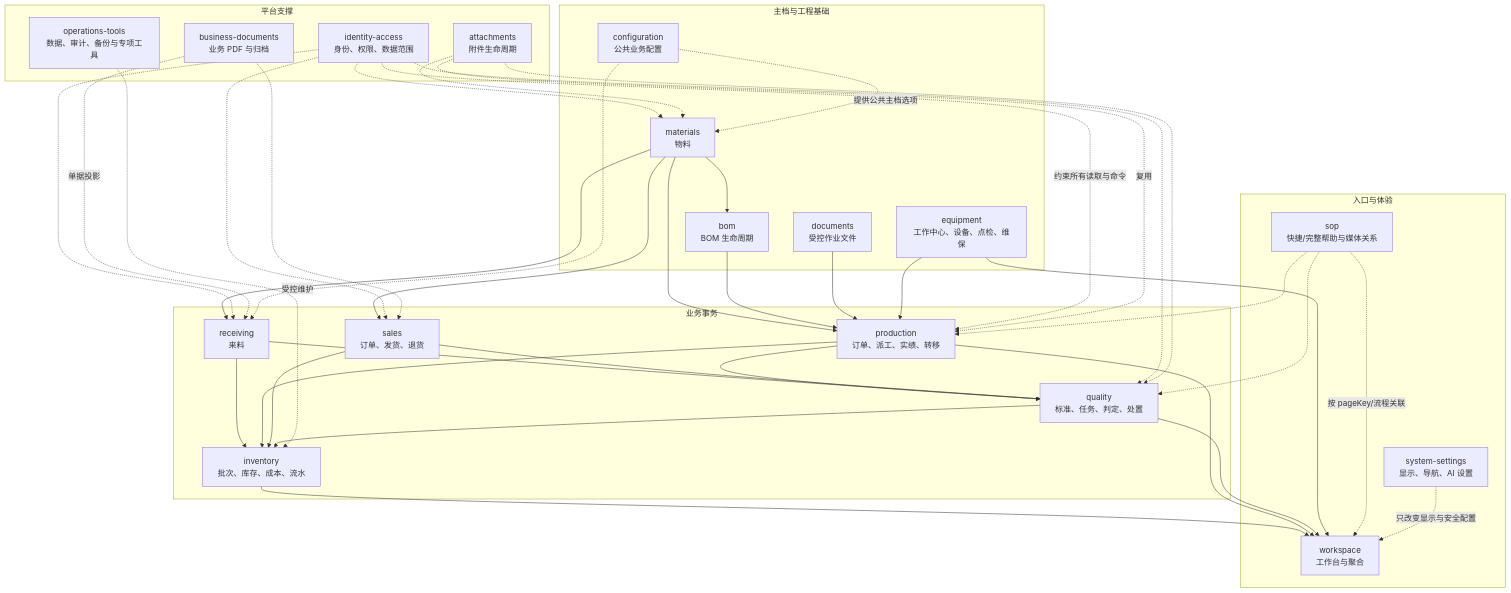
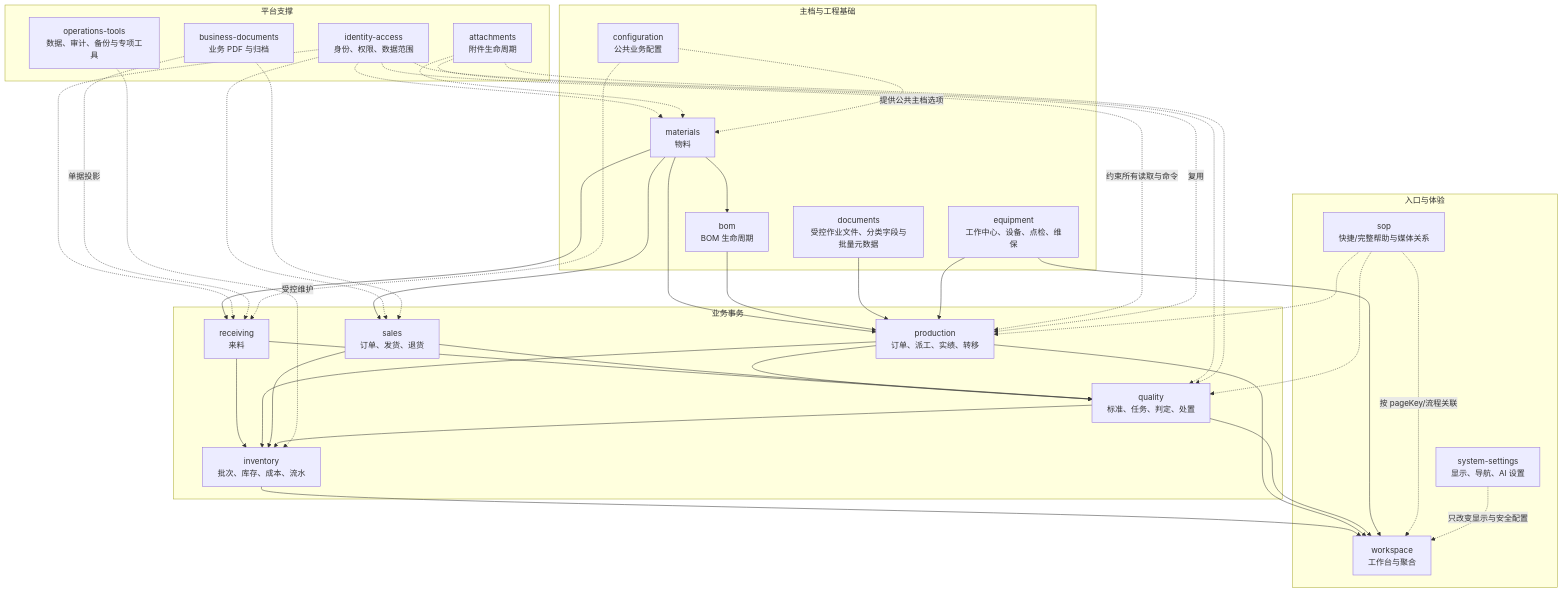
One commit to goldf2/mes-lite changed the third of 12 diagrams in docs/architecture/系统结构图.md. Above: the diagram before and after it, drawn with Mermaid. The commit also changed other lines of this file and 61 other files, not shown here.

````diff
--- a/docs/architecture/系统结构图.md
+++ b/docs/architecture/系统结构图.md
@@ -73,68 +73,68 @@
 ```mermaid
 flowchart TB
   subgraph Experience["入口与体验"]
     Workspace["workspace<br/>工作台与聚合"]
     Sop["sop<br/>快捷/完整帮助与媒体关系"]
     System["system-settings<br/>显示、导航、AI 设置"]
   end
 
   subgraph Master["主档与工程基础"]
     Materials["materials<br/>物料"]
     Bom["bom<br/>BOM 生命周期"]
-    Documents["documents<br/>受控作业文件"]
+    Documents["documents<br/>受控作业文件、分类字段与批量元数据"]
     Configuration["configuration<br/>公共业务配置"]
     Equipment["equipment<br/>工作中心、设备、点检、维保"]
   end
 
   subgraph Transaction["业务事务"]
     Receiving["receiving<br/>来料"]
     Production["production<br/>订单、派工、实绩、转移"]
     Quality["quality<br/>标准、任务、判定、处置"]
     Sales["sales<br/>订单、发货、退货"]
     Inventory["inventory<br/>批次、库存、成本、流水"]
   end
 
   subgraph Platform["平台支撑"]
     Identity["identity-access<br/>身份、权限、数据范围"]
     Attachments["attachments<br/>附件生命周期"]
     BusinessDocs["business-documents<br/>业务 PDF 与归档"]
     Tools["operations-tools<br/>数据、审计、备份与专项工具"]
   end
 
   Materials --> Bom
   Materials --> Receiving
   Materials --> Production
   Materials --> Sales
   Bom --> Production
   Documents --> Production
   Equipment --> Production
   Receiving --> Inventory
   Production --> Inventory
   Production --> Quality
   Receiving --> Quality
   Sales --> Inventory
   Sales --> Quality
   Quality --> Inventory
   Inventory --> Workspace
   Production --> Workspace
   Quality --> Workspace
   Equipment --> Workspace
 
   Identity -."约束所有读取与命令".-> Production
   Identity -.-> Receiving
   Identity -.-> Quality
   Identity -.-> Sales
   Identity -.-> Materials
   Attachments -."复用".-> Production
   Attachments -.-> Quality
   Attachments -.-> Materials
   BusinessDocs -."单据投影".-> Receiving
   BusinessDocs -.-> Sales
   Sop -."按 pageKey/流程关联".-> Workspace
   Sop -.-> Production
   Sop -.-> Quality
   Tools -."受控维护".-> Inventory
   System -."只改变显示与安全配置".-> Workspace
   Configuration -."提供公共主档选项".-> Materials
   Configuration -.-> Receiving
 ```
````
